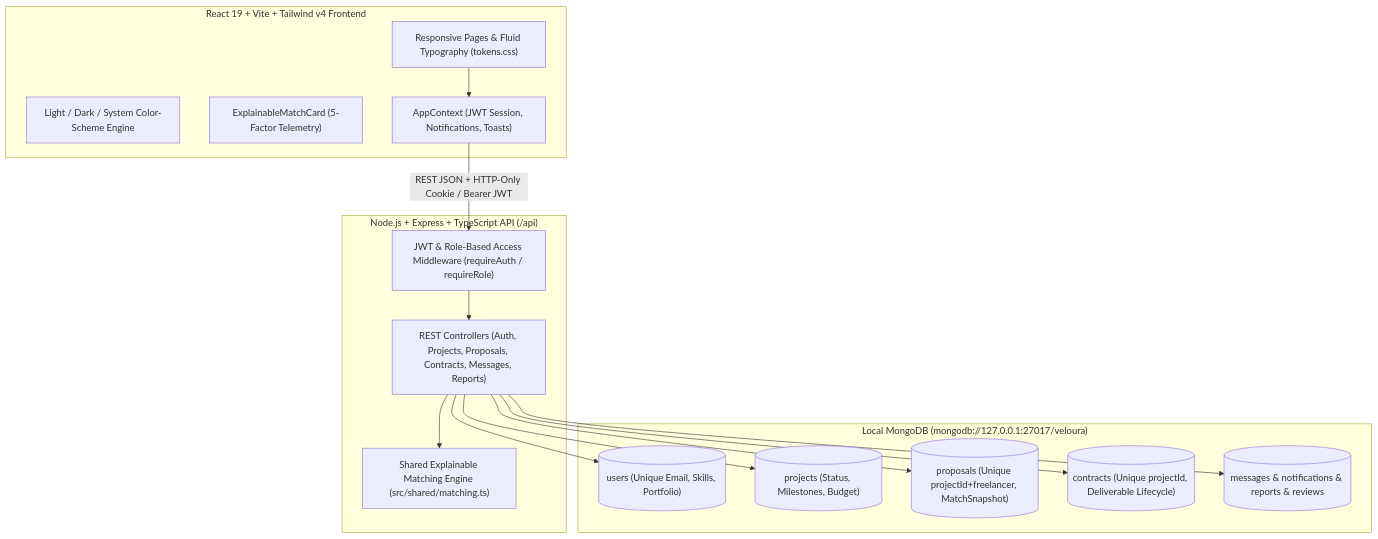
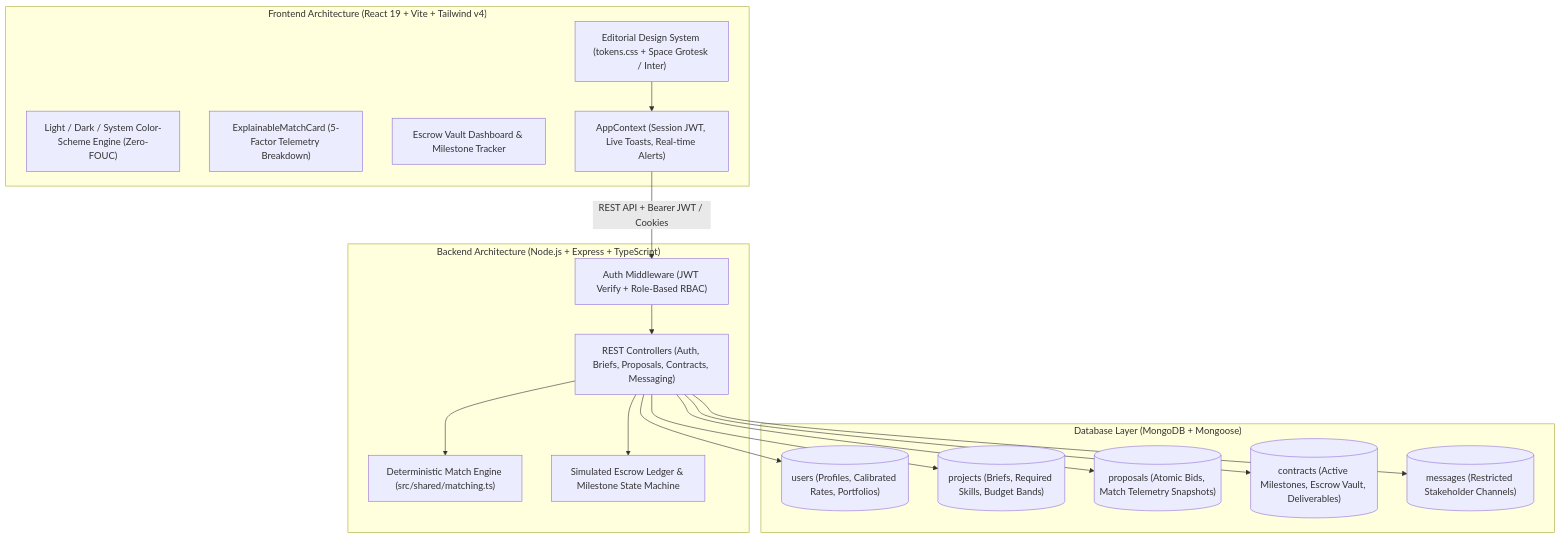
One commit to harshi329/Veloura-freelancer-website changed the diagram in README.md. Above: the diagram before and after it, drawn with Mermaid. The commit also changed other lines of this file and 36 other files, not shown here.

````diff
--- a/README.md
+++ b/README.md
@@ -32,33 +54,36 @@
 ```mermaid
 flowchart TB
-  subgraph Client["React 19 + Vite + Tailwind v4 Frontend"]
-    UI["Responsive Pages & Fluid Typography (tokens.css)"]
-    Theme["Light / Dark / System Color-Scheme Engine"]
-    MatchUI["ExplainableMatchCard (5-Factor Telemetry)"]
-    Context["AppContext (JWT Session, Notifications, Toasts)"]
+  subgraph Client["Frontend Architecture (React 19 + Vite + Tailwind v4)"]
+    UI["Editorial Design System (tokens.css + Space Grotesk / Inter)"]
+    Theme["Light / Dark / System Color-Scheme Engine (Zero-FOUC)"]
+    MatchUI["ExplainableMatchCard (5-Factor Telemetry Breakdown)"]
+    EscrowUI["Escrow Vault Dashboard & Milestone Tracker"]
+    Context["AppContext (Session JWT, Live Toasts, Real-time Alerts)"]
   end
 
-  subgraph Server["Node.js + Express + TypeScript API (/api)"]
-    AuthMW["JWT & Role-Based Access Middleware (requireAuth / requireRole)"]
-    MatchSvc["Shared Explainable Matching Engine (src/shared/matching.ts)"]
-    Routes["REST Controllers (Auth, Projects, Proposals, Contracts, Messages, Reports)"]
+  subgraph Server["Backend Architecture (Node.js + Express + TypeScript)"]
+    AuthMW["Auth Middleware (JWT Verify + Role-Based RBAC)"]
+    MatchSvc["Deterministic Match Engine (src/shared/matching.ts)"]
+    Controllers["REST Controllers (Auth, Briefs, Proposals, Contracts, Messaging)"]
+    EscrowSvc["Simulated Escrow Ledger & Milestone State Machine"]
   end
 
-  subgraph Database["Local MongoDB (mongodb://127.0.0.1:27017/veloura)"]
-    Users[("users (Unique Email, Skills, Portfolio)")]
-    Projects[("projects (Status, Milestones, Budget)")]
-    Proposals[("proposals (Unique projectId+freelancer, MatchSnapshot)")]
-    Contracts[("contracts (Unique projectId, Deliverable Lifecycle)")]
-    Messages[("messages & notifications & reports & reviews")]
+  subgraph Storage["Database Layer (MongoDB + Mongoose)"]
+    Users[("users (Profiles, Calibrated Rates, Portfolios)")]
+    Projects[("projects (Briefs, Required Skills, Budget Bands)")]
+    Proposals[("proposals (Atomic Bids, Match Telemetry Snapshots)")]
+    Contracts[("contracts (Active Milestones, Escrow Vault, Deliverables)")]
+    Messages[("messages (Restricted Stakeholder Channels)")]
   end
 
   UI --> Context
-  Context -->|REST JSON + HTTP-Only Cookie / Bearer JWT| AuthMW
-  AuthMW --> Routes
-  Routes --> MatchSvc
-  Routes --> Users
-  Routes --> Projects
-  Routes --> Proposals
-  Routes --> Contracts
-  Routes --> Messages
+  Context -->|REST API + Bearer JWT / Cookies| AuthMW
+  AuthMW --> Controllers
+  Controllers --> MatchSvc
+  Controllers --> EscrowSvc
+  Controllers --> Users
+  Controllers --> Projects
+  Controllers --> Proposals
+  Controllers --> Contracts
+  Controllers --> Messages
 ```
````
